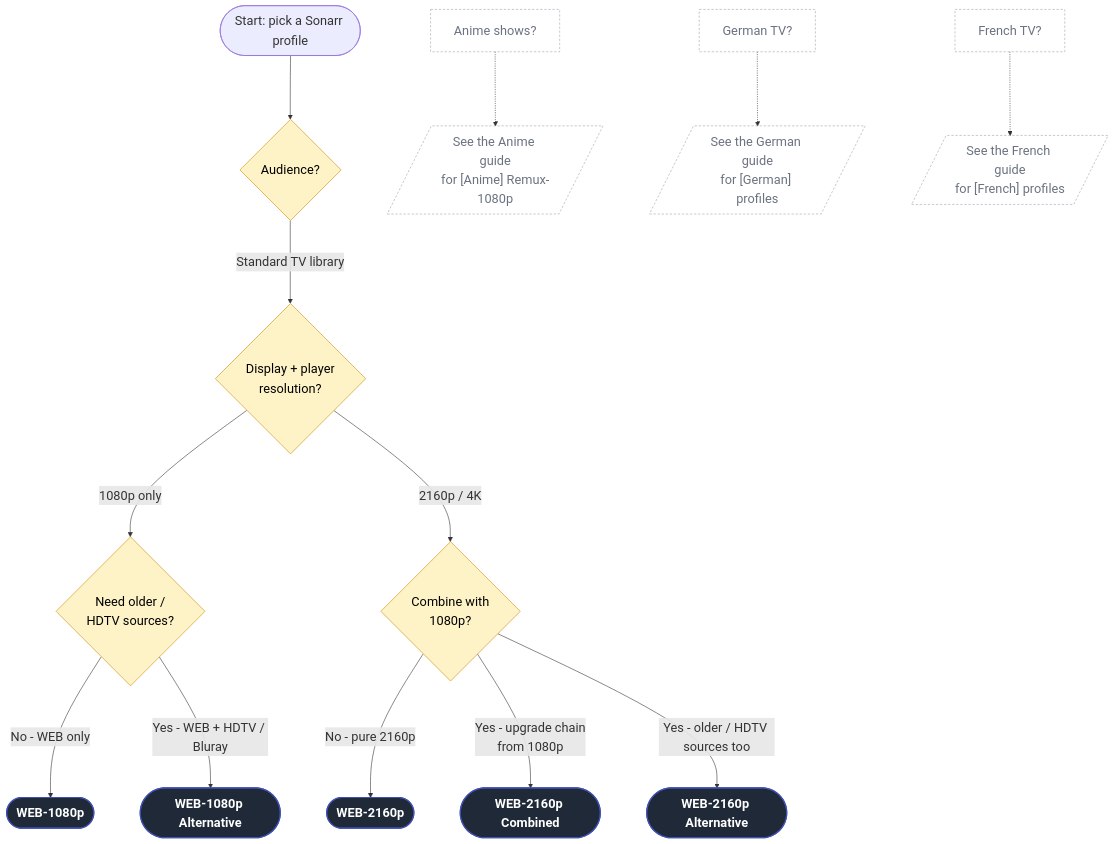
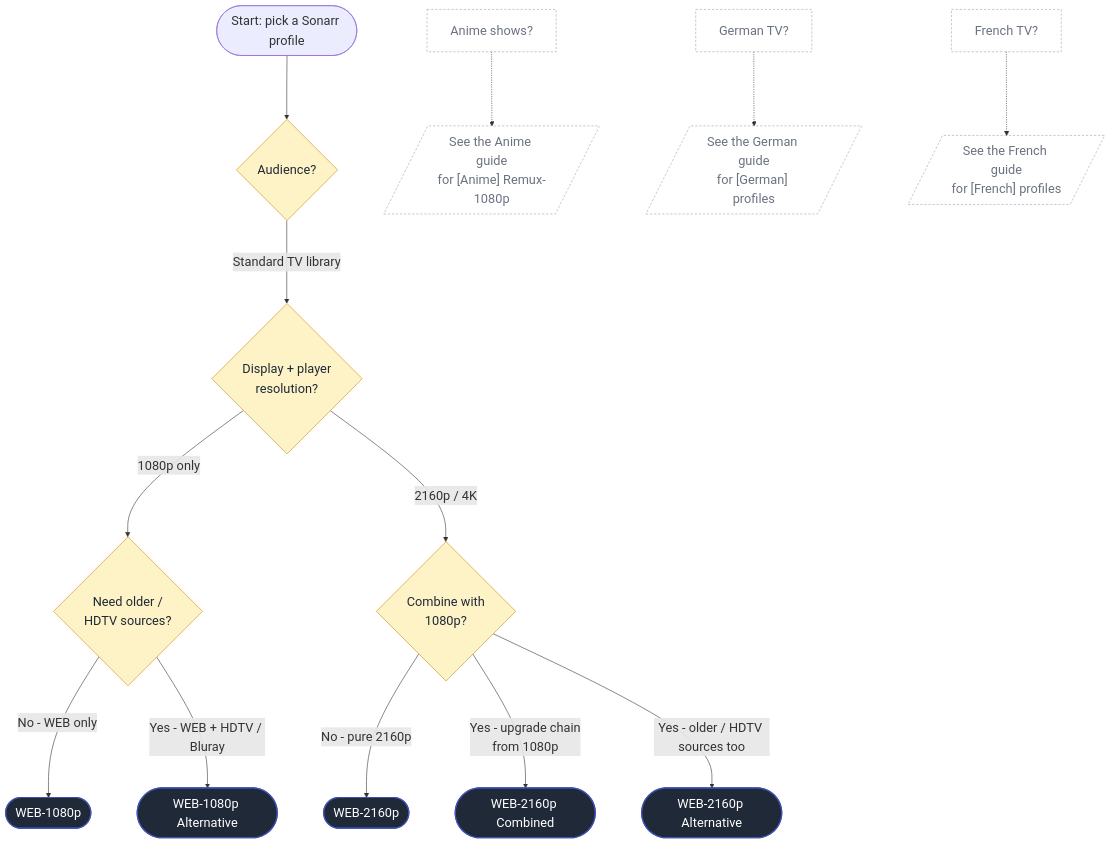
The diagram in includes/starr/_pick-a-profile-chart-sonarr.md (TRaSH-Guides/Guides), drawn with Mermaid before and after one commit. The commit also changed 12 other files, not shown here.

Commit message:
fix(starr): Fix flowchart text contrast and overflow, collapse inline charts

````diff
--- a/includes/starr/_pick-a-profile-chart-sonarr.md
+++ b/includes/starr/_pick-a-profile-chart-sonarr.md
@@ -2,25 +2,25 @@
 ```mermaid
 %%{init: {"flowchart": {"useMaxWidth": false, "htmlLabels": true, "curve": "basis", "nodeSpacing": 80, "rankSpacing": 110, "padding": 20}, "themeVariables": {"fontSize": "22px"}}}%%
 flowchart TD
-    START([Start: pick a Sonarr profile]) --> KIND{Audience?}
-    KIND -->|Standard TV library| RES{Display + player<br/>resolution?}
+    START([Start: pick a Sonarr profile]) --> KIND{"<span style='color:#1f2937'>Audience?</span>"}
+    KIND -->|Standard TV library| RES{"<span style='color:#1f2937'>Display + player<br/>resolution?</span>"}
 
-    RES -->|1080p only| HD_KIND{Need older /<br/>HDTV sources?}
-    HD_KIND -->|No - WEB only| P_WEB_1080([WEB-1080p])
-    HD_KIND -->|Yes - WEB + HDTV / Bluray| P_WEB_1080_ALT([WEB-1080p Alternative])
-    RES -->|2160p / 4K| UHD_KIND{Combine with<br/>1080p?}
-    UHD_KIND -->|No - pure 2160p| P_WEB_2160([WEB-2160p])
-    UHD_KIND -->|Yes - upgrade chain<br/>from 1080p| P_WEB_2160_COMB([WEB-2160p Combined])
-    UHD_KIND -->|Yes - older / HDTV sources too| P_WEB_2160_ALT([WEB-2160p Alternative])
+    RES -->|1080p only| HD_KIND{"<span style='color:#1f2937'>Need older /<br/>HDTV sources?</span>"}
+    HD_KIND -->|No - WEB only| P_WEB_1080(["<span style='color:#fff'>WEB-1080p</span>"])
+    HD_KIND -->|Yes - WEB + HDTV / Bluray| P_WEB_1080_ALT(["<span style='color:#fff'>WEB-1080p Alternative</span>"])
+    RES -->|2160p / 4K| UHD_KIND{"<span style='color:#1f2937'>Combine with<br/>1080p?</span>"}
+    UHD_KIND -->|No - pure 2160p| P_WEB_2160(["<span style='color:#fff'>WEB-2160p</span>"])
+    UHD_KIND -->|Yes - upgrade chain<br/>from 1080p| P_WEB_2160_COMB(["<span style='color:#fff'>WEB-2160p Combined</span>"])
+    UHD_KIND -->|Yes - older / HDTV sources too| P_WEB_2160_ALT(["<span style='color:#fff'>WEB-2160p Alternative</span>"])
 
     ANIME[Anime shows?] -.-> ANIME_LINK[/"See the Anime guide<br/>for [Anime] Remux-1080p"/]
     DE[German TV?] -.-> DE_LINK[/"See the German guide<br/>for [German] profiles"/]
     FR[French TV?] -.-> FR_LINK[/"See the French guide<br/>for [French] profiles"/]
 
-    classDef leaf fill:#1f2937,stroke:#4051B5,stroke-width:2px,color:#fff,font-weight:bold;
-    classDef decision fill:#fef3c7,stroke:#ca8a04,color:#000;
+    classDef leaf fill:#1f2937,stroke:#4051B5,stroke-width:2px,color:#fff;
+    classDef decision fill:#fef3c7,stroke:#ca8a04,color:#1f2937;
     classDef pointer fill:none,stroke:#9ca3af,stroke-dasharray:4 3,color:#6b7280;
     class P_WEB_1080,P_WEB_1080_ALT,P_WEB_2160,P_WEB_2160_COMB,P_WEB_2160_ALT leaf;
     class KIND,RES,HD_KIND,UHD_KIND decision;
     class ANIME,ANIME_LINK,DE,DE_LINK,FR,FR_LINK pointer;
 ```
````
